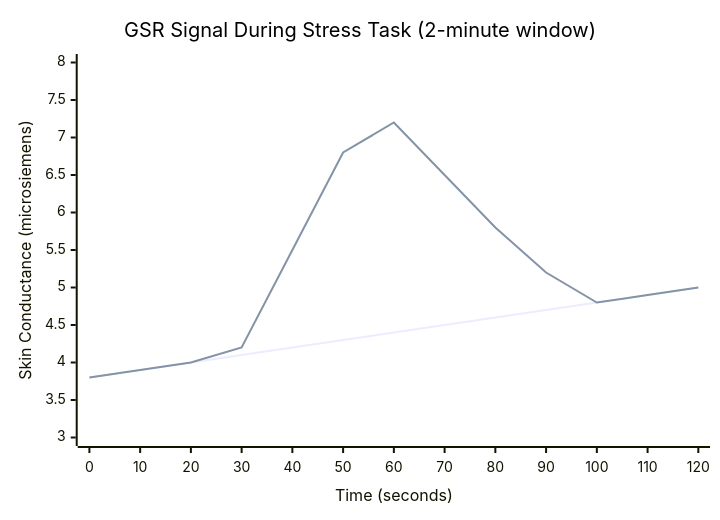
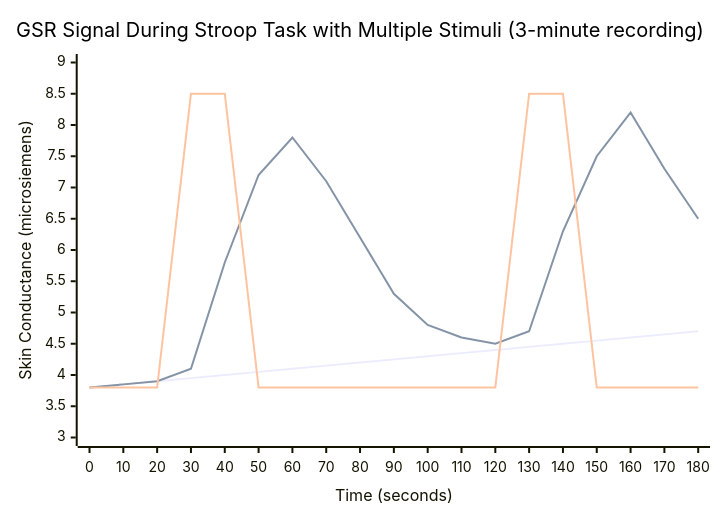
One commit to uclgsr/IRCamera changed the first of 6 diagrams in docs/thesis-diagrams/chapter2-gsr-thermal-examples.md. Above: the diagram before and after it, drawn with Mermaid. The commit also changed other lines of this file and 2 other files, not shown here.

Commit message:
Enhance diagrams with detailed elements and additional Mermaid types

````diff
--- a/docs/thesis-diagrams/chapter2-gsr-thermal-examples.md
+++ b/docs/thesis-diagrams/chapter2-gsr-thermal-examples.md
@@ -9,15 +11,16 @@
 ```mermaid
 ---
 config:
   themeVariables:
     xyChart:
       backgroundColor: "#ffffff"
       titleColor: "#000000"
 ---
 xychart-beta
-    title "GSR Signal During Stress Task (2-minute window)"
-    x-axis "Time (seconds)" [0, 10, 20, 30, 40, 50, 60, 70, 80, 90, 100, 110, 120]
-    y-axis "Skin Conductance (microsiemens)" 3.0 --> 8.0
-    line "Tonic SCL (Baseline)" [3.8, 3.9, 4.0, 4.1, 4.2, 4.3, 4.4, 4.5, 4.6, 4.7, 4.8, 4.9, 5.0]
-    line "Measured GSR with SCRs" [3.8, 3.9, 4.0, 4.2, 5.5, 6.8, 7.2, 6.5, 5.8, 5.2, 4.8, 4.9, 5.0]
+    title "GSR Signal During Stroop Task with Multiple Stimuli (3-minute recording)"
+    x-axis "Time (seconds)" [0, 10, 20, 30, 40, 50, 60, 70, 80, 90, 100, 110, 120, 130, 140, 150, 160, 170, 180]
+    y-axis "Skin Conductance (microsiemens)" 3.0 --> 9.0
+    line "Tonic SCL Baseline" [3.8, 3.85, 3.9, 3.95, 4.0, 4.05, 4.1, 4.15, 4.2, 4.25, 4.3, 4.35, 4.4, 4.45, 4.5, 4.55, 4.6, 4.65, 4.7]
+    line "Measured GSR with SCRs" [3.8, 3.85, 3.9, 4.1, 5.8, 7.2, 7.8, 7.1, 6.2, 5.3, 4.8, 4.6, 4.5, 4.7, 6.3, 7.5, 8.2, 7.3, 6.5, 5.8, 5.2, 4.9, 4.8]
+    line "Event Markers" [3.8, 3.8, 3.8, 8.5, 8.5, 3.8, 3.8, 3.8, 3.8, 3.8, 3.8, 3.8, 3.8, 8.5, 8.5, 3.8, 3.8, 3.8, 3.8]
 ```
````
